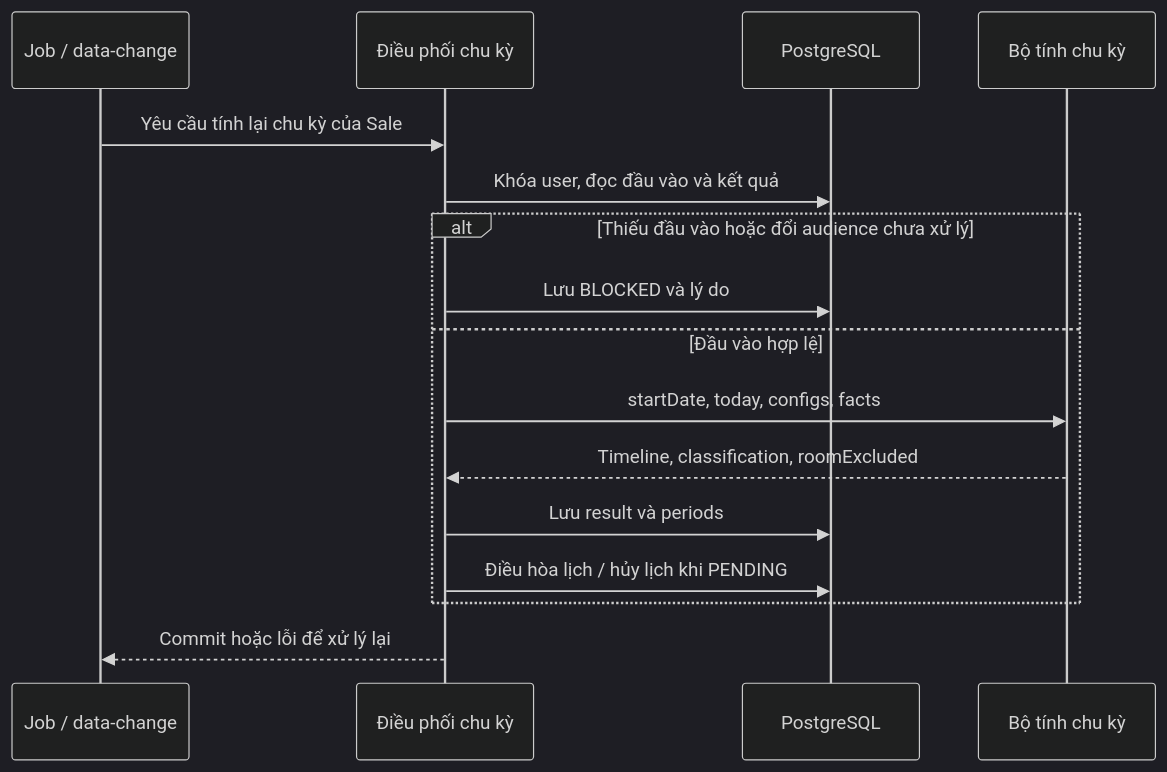
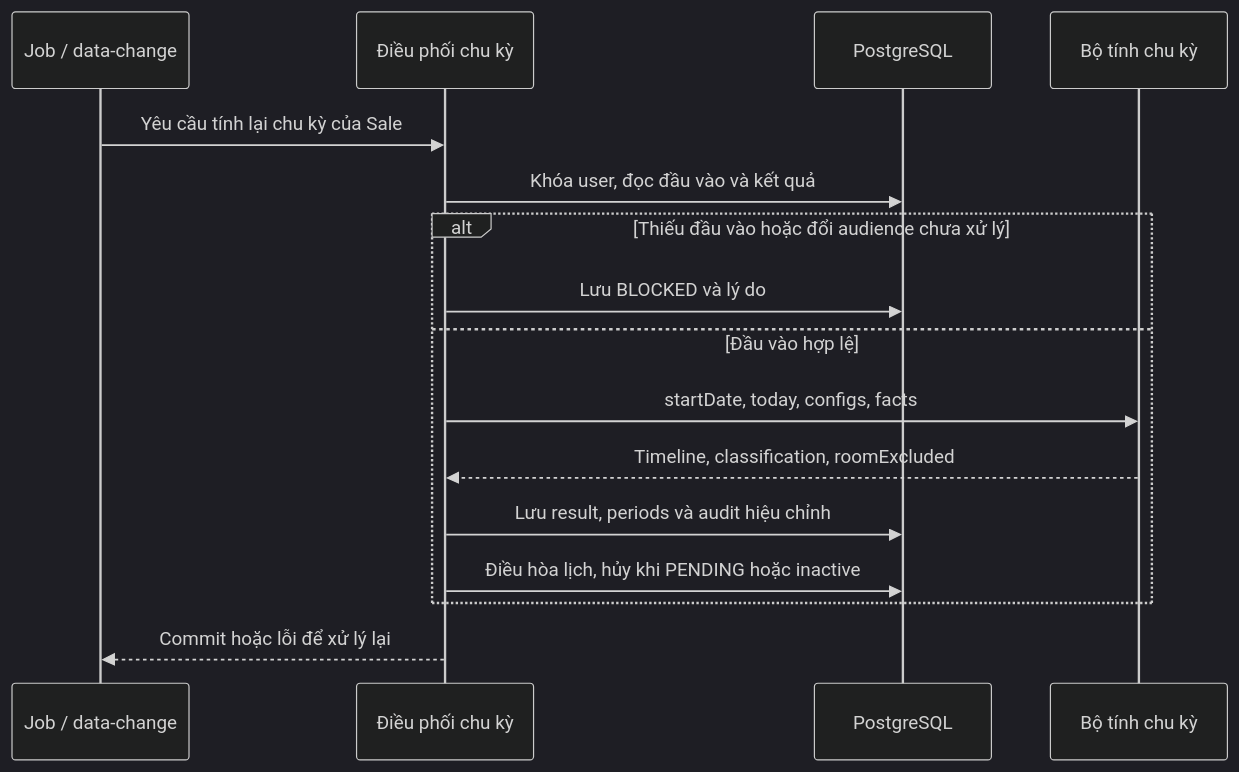
The diagram in cobroker/diagrams/cobroker-09.mmd (huynv-xyz/vhm-tdd), drawn with Mermaid (dark theme) before and after one commit. The commit also changed 13 other files, not shown here.

Commit message:
docs: strengthen Cobroker design after architecture review

```diff
--- a/cobroker/diagrams/cobroker-09.mmd
+++ b/cobroker/diagrams/cobroker-09.mmd
@@ -1,16 +1,16 @@
 sequenceDiagram
     participant E as Job / data-change
     participant S as Điều phối chu kỳ
     participant D as PostgreSQL
     participant C as Bộ tính chu kỳ
     E->>S: Yêu cầu tính lại chu kỳ của Sale
     S->>D: Khóa user, đọc đầu vào và kết quả
     alt Thiếu đầu vào hoặc đổi audience chưa xử lý
         S->>D: Lưu BLOCKED và lý do
     else Đầu vào hợp lệ
         S->>C: startDate, today, configs, facts
         C-->>S: Timeline, classification, roomExcluded
-        S->>D: Lưu result và periods
-        S->>D: Điều hòa lịch / hủy lịch khi PENDING
+        S->>D: Lưu result, periods và audit hiệu chỉnh
+        S->>D: Điều hòa lịch, hủy khi PENDING hoặc inactive
     end
     S-->>E: Commit hoặc lỗi để xử lý lại
```
